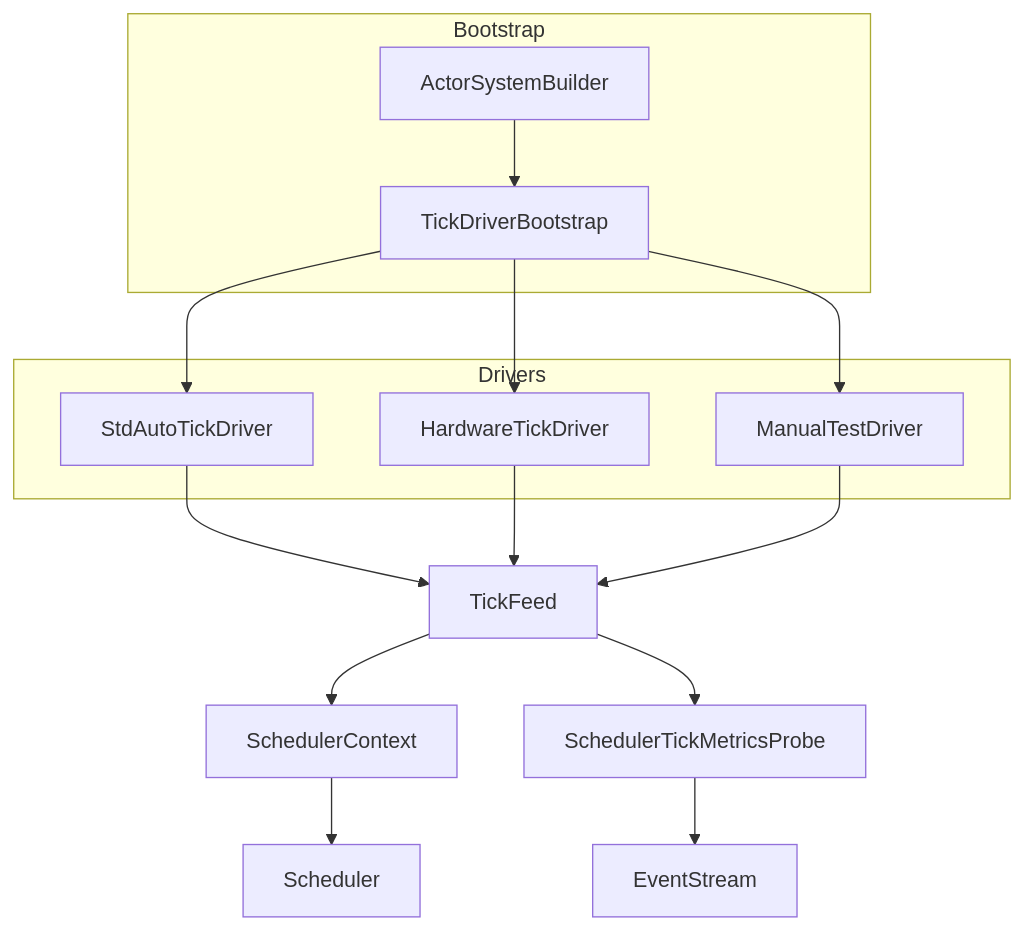
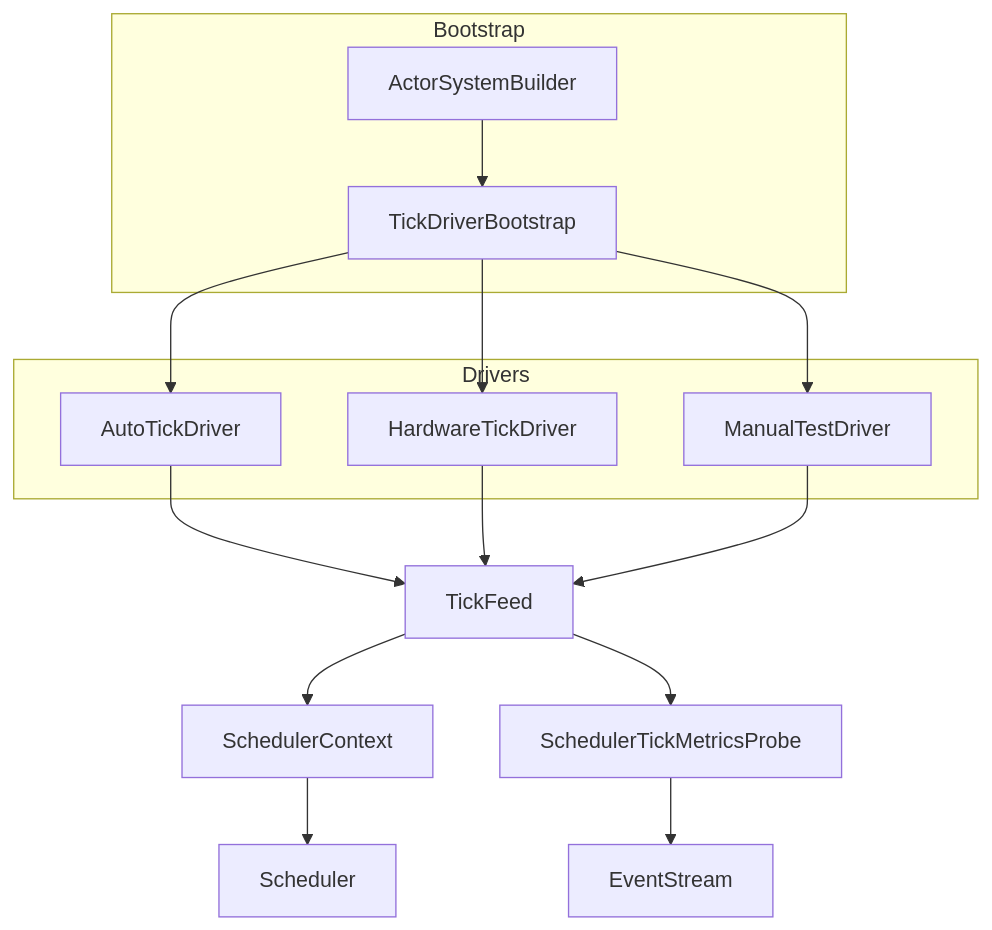
Before and after one commit to j5ik2o/fraktor-rs: the first of 4 diagrams in .kiro/specs/scheduler-tick-driver-integration/design.md, drawn with Mermaid. The commit also changed other lines of this file, not shown here.

Commit message:
feat: update design documentation for TickDriver and rename StdAutoTickDriver to AutoTickDriver

````diff
--- a/.kiro/specs/scheduler-tick-driver-integration/design.md
+++ b/.kiro/specs/scheduler-tick-driver-integration/design.md
@@ -26,28 +26,28 @@
 ```mermaid
 graph TD
   subgraph Bootstrap
     Builder[ActorSystemBuilder]
     TickBootstrap[TickDriverBootstrap]
   end
   subgraph Drivers
-    StdAuto[StdAutoTickDriver]
+    Auto[AutoTickDriver]
     HwDriver[HardwareTickDriver]
     Manual[ManualTestDriver]
   end
   TickFeed[TickFeed]
   SchedulerCtx[SchedulerContext]
   Scheduler[Scheduler]
   Metrics[SchedulerTickMetricsProbe]
   EventStream[EventStream]
 
   Builder --> TickBootstrap
-  TickBootstrap --> StdAuto
+  TickBootstrap --> Auto
   TickBootstrap --> HwDriver
   TickBootstrap --> Manual
-  StdAuto --> TickFeed
+  Auto --> TickFeed
   HwDriver --> TickFeed
   Manual --> TickFeed
   TickFeed --> SchedulerCtx
   SchedulerCtx --> Scheduler
   TickFeed --> Metrics --> EventStream
 ```
````
